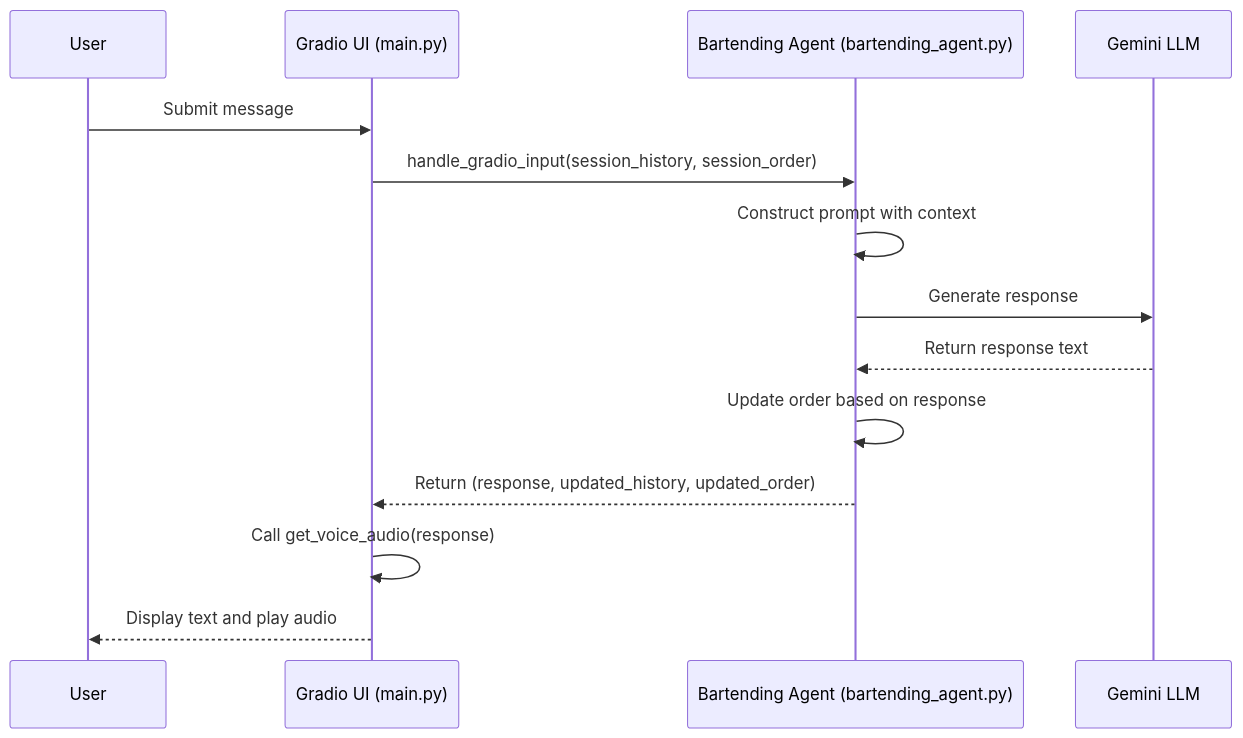
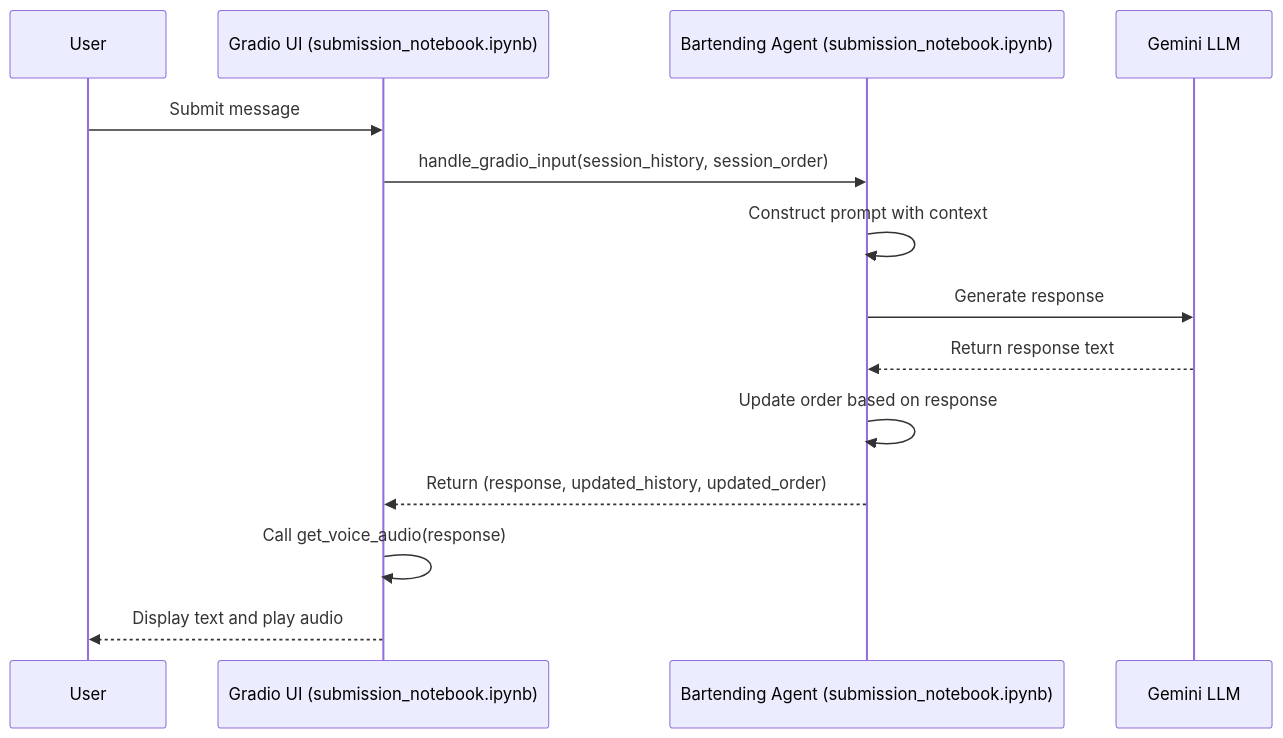
Before and after one commit to MOK-5-ha/MayaBartendingAgent: the second of 4 diagrams in .qoder/repowiki/en/content/AI Integration/Prompt Engineering Strategy.md, drawn with Mermaid. The commit also changed other lines of this file and 14 other files, not shown here.

````diff
--- a/.qoder/repowiki/en/content/AI Integration/Prompt Engineering Strategy.md
+++ b/.qoder/repowiki/en/content/AI Integration/Prompt Engineering Strategy.md
@@ -59,16 +65,16 @@
 ```mermaid
 sequenceDiagram
 participant User
-participant Gradio as Gradio UI (main.py)
-participant Agent as Bartending Agent (bartending_agent.py)
+participant Gradio as Gradio UI (submission_notebook.ipynb)
+participant Agent as Bartending Agent (submission_notebook.ipynb)
 participant Gemini as Gemini LLM
 User->>Gradio : Submit message
 Gradio->>Agent : handle_gradio_input(session_history, session_order)
 Agent->>Agent : Construct prompt with context
 Agent->>Gemini : Generate response
 Gemini-->>Agent : Return response text
 Agent->>Agent : Update order based on response
 Agent-->>Gradio : Return (response, updated_history, updated_order)
 Gradio->>Gradio : Call get_voice_audio(response)
 Gradio-->>User : Display text and play audio
 ```
````
